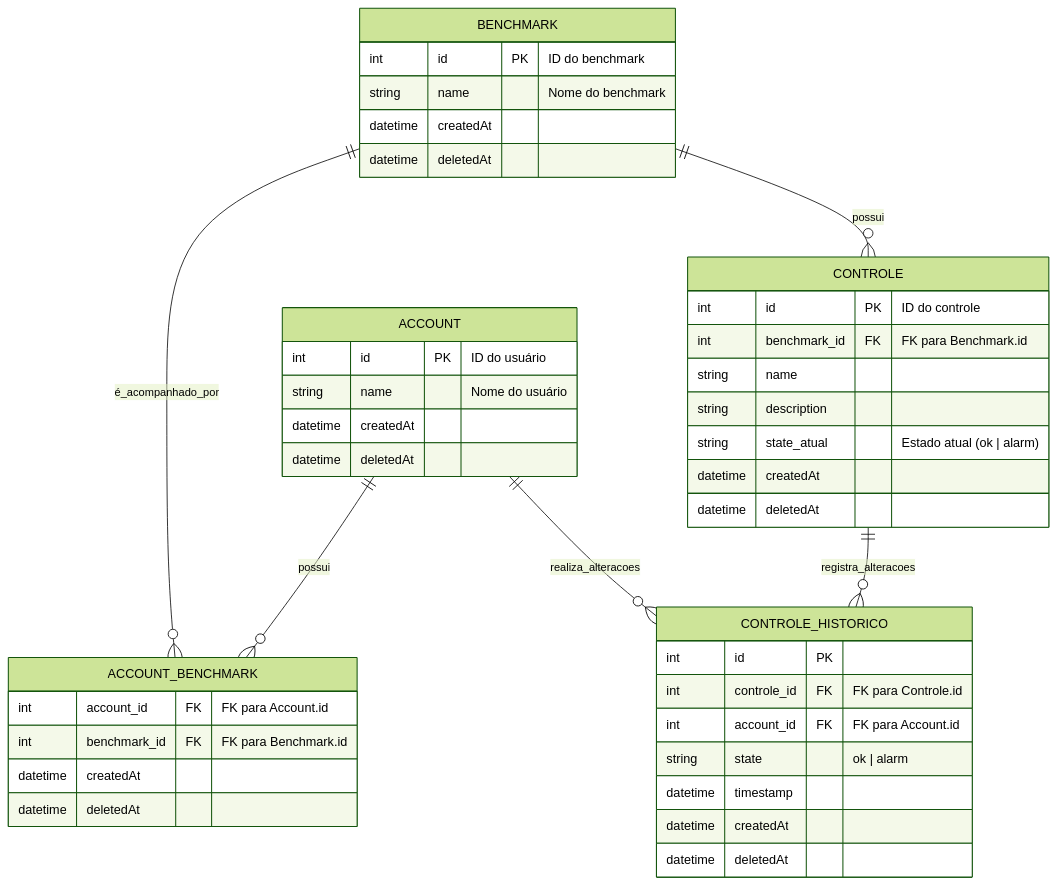
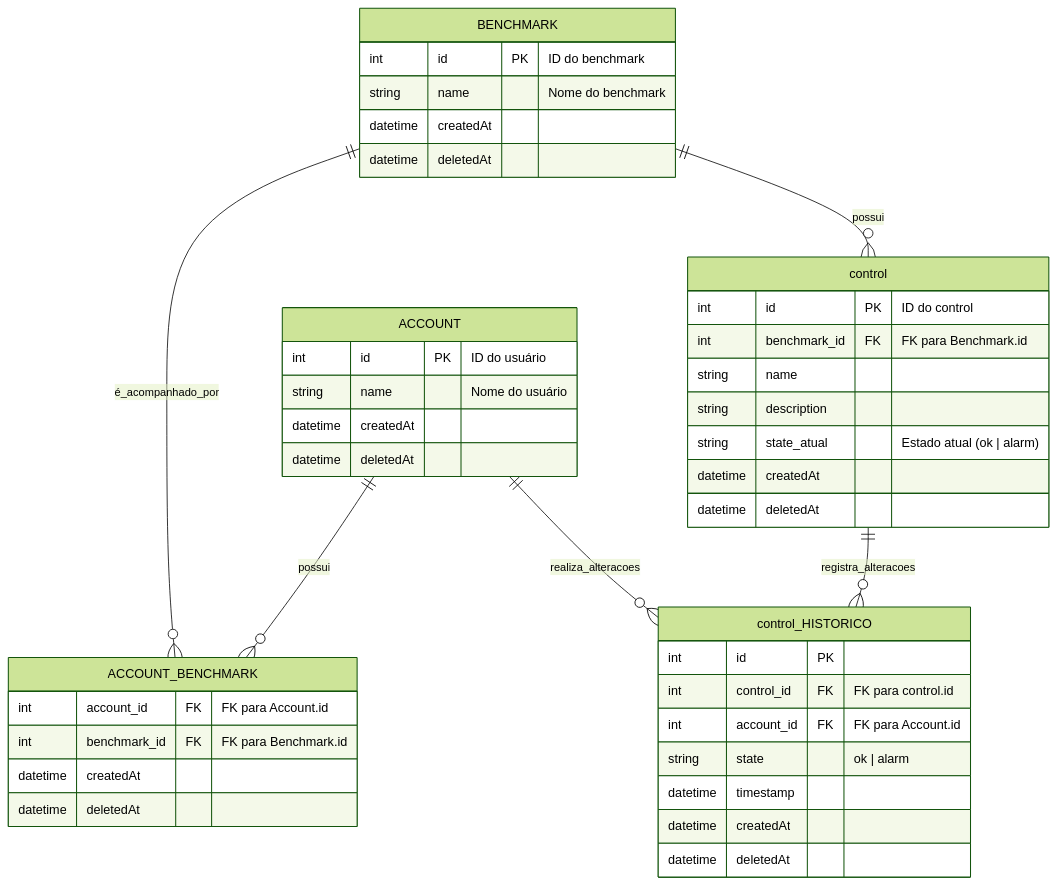
Before and after one commit to MarcusViny/Benchmarks-por-Account: the diagram in readme.md, drawn with Mermaid. The commit also changed other lines of this file and 2 other files, not shown here.

Commit message:
Alteração de controle para control

````diff
--- a/readme.md
+++ b/readme.md
@@ -58,45 +58,45 @@
 ```mermaid
 %%{init: {'theme': 'forest'}}%%
 erDiagram
     ACCOUNT {
         int id PK "ID do usuário"
         string name "Nome do usuário"
         datetime createdAt
         datetime deletedAt
     }
     BENCHMARK {
         int id PK "ID do benchmark"
         string name "Nome do benchmark"
         datetime createdAt
         datetime deletedAt
     }
     ACCOUNT_BENCHMARK {
         int account_id FK "FK para Account.id"
         int benchmark_id FK "FK para Benchmark.id"
         datetime createdAt
         datetime deletedAt
     }
-    CONTROLE {
-        int id PK "ID do controle"
+    control {
+        int id PK "ID do control"
         int benchmark_id FK "FK para Benchmark.id"
         string name
         string description
         string state_atual "Estado atual (ok | alarm)"
         datetime createdAt
         datetime deletedAt
     }
-    CONTROLE_HISTORICO {
+    control_HISTORICO {
         int id PK
-        int controle_id FK "FK para Controle.id"
+        int control_id FK "FK para control.id"
         int account_id FK "FK para Account.id"
         string state "ok | alarm"
         datetime timestamp
         datetime createdAt
         datetime deletedAt
     }
     ACCOUNT ||--o{ ACCOUNT_BENCHMARK : possui
     BENCHMARK ||--o{ ACCOUNT_BENCHMARK : é_acompanhado_por
-    BENCHMARK ||--o{ CONTROLE : possui
-    CONTROLE ||--o{ CONTROLE_HISTORICO : registra_alteracoes
-    ACCOUNT ||--o{ CONTROLE_HISTORICO : realiza_alteracoes
+    BENCHMARK ||--o{ control : possui
+    control ||--o{ control_HISTORICO : registra_alteracoes
+    ACCOUNT ||--o{ control_HISTORICO : realiza_alteracoes
 ```
````
